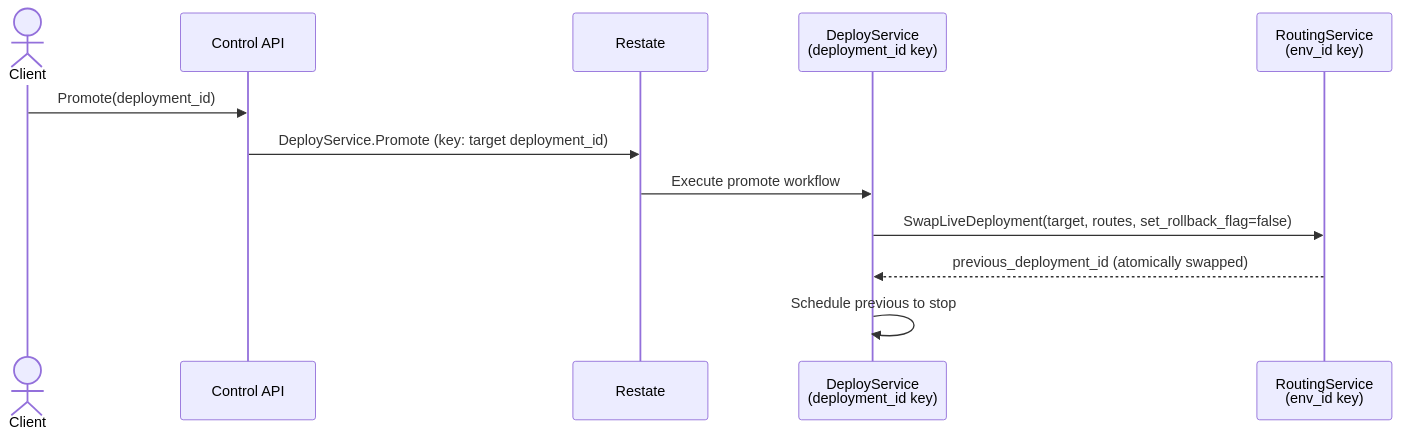
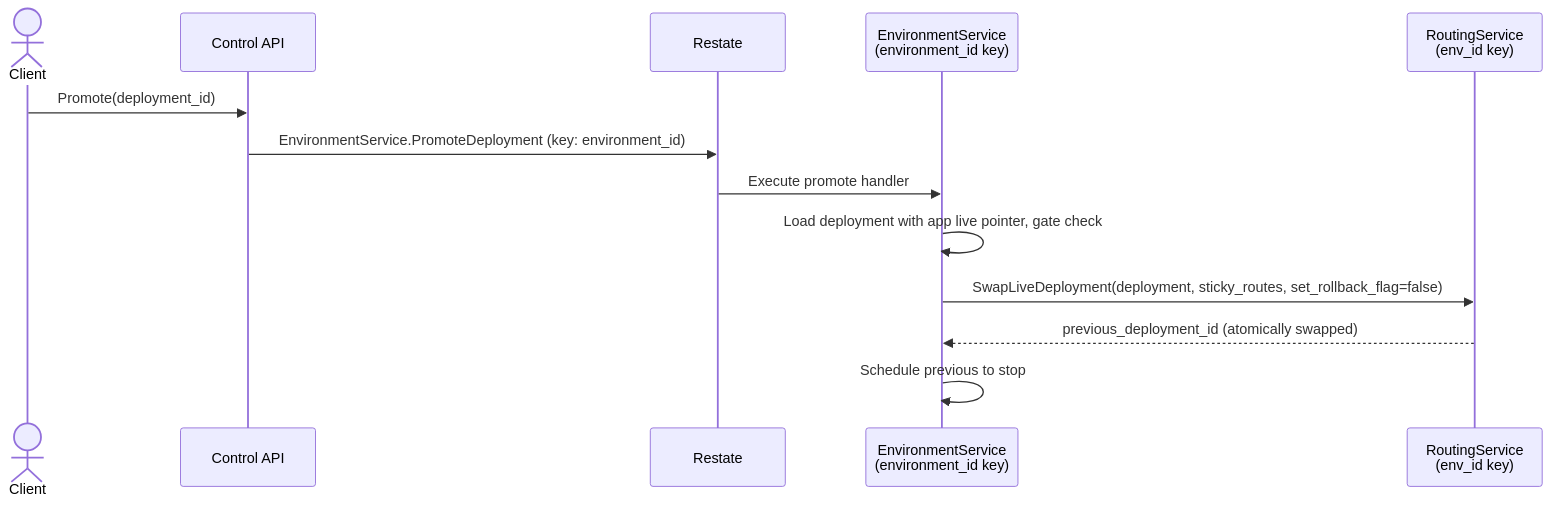
Before and after one commit to unkeyed/unkey: the third of 4 diagrams in docs/engineering/architecture/services/control-plane/worker/workflows/deployments.mdx, drawn with Mermaid. The commit also changed other lines of this file and 6 other files, not shown here.

Commit message:
refactor: make rollback and promote call new envVO (#7299)

````diff
--- a/docs/engineering/architecture/services/control-plane/worker/workflows/deployments.mdx
+++ b/docs/engineering/architecture/services/control-plane/worker/workflows/deployments.mdx
@@ -86,15 +86,16 @@
 ```mermaid
 sequenceDiagram
   actor Client
   participant CtrlAPI as Control API
   participant Restate as Restate
-  participant Worker as DeployService<br/>(deployment_id key)
+  participant Worker as EnvironmentService<br/>(environment_id key)
   participant Routing as RoutingService<br/>(env_id key)
 
   Client->>CtrlAPI: Promote(deployment_id)
-  CtrlAPI->>Restate: DeployService.Promote (key: target deployment_id)
-  Restate->>Worker: Execute promote workflow
-  Worker->>Routing: SwapLiveDeployment(target, routes, set_rollback_flag=false)
+  CtrlAPI->>Restate: EnvironmentService.PromoteDeployment (key: environment_id)
+  Restate->>Worker: Execute promote handler
+  Worker->>Worker: Load deployment with app live pointer, gate check
+  Worker->>Routing: SwapLiveDeployment(deployment, sticky_routes, set_rollback_flag=false)
   Routing-->>Worker: previous_deployment_id (atomically swapped)
   Worker->>Worker: Schedule previous to stop
 ```
````
